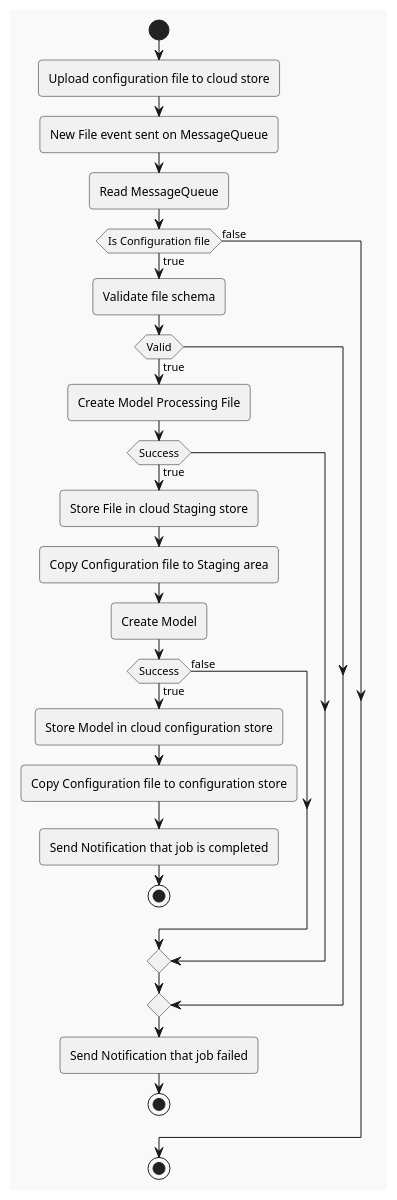
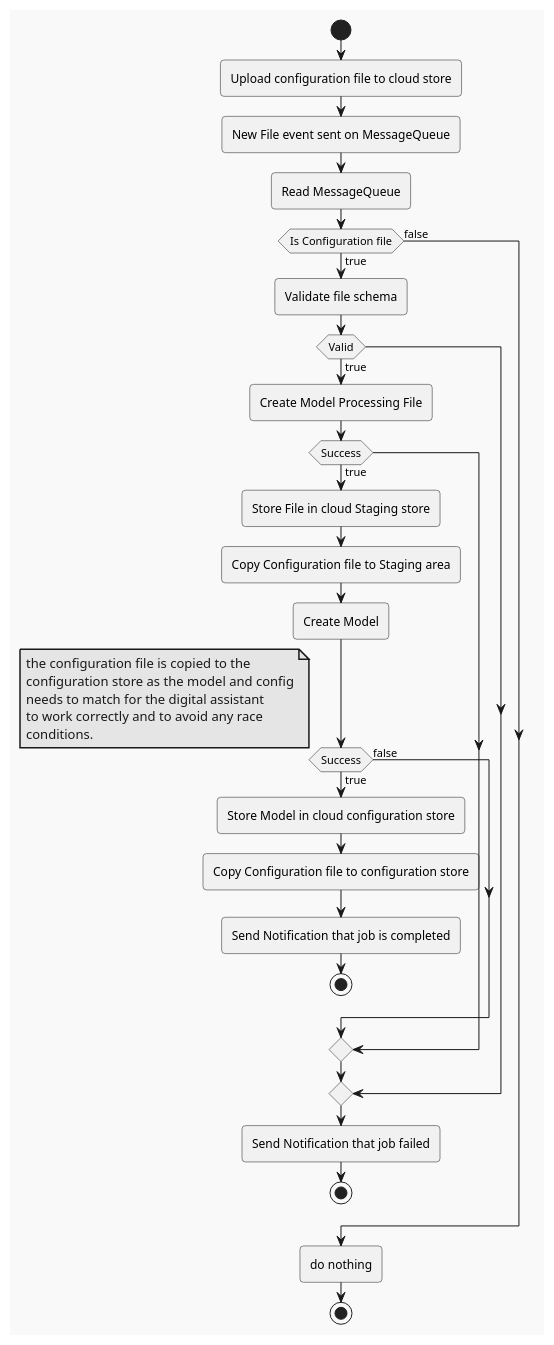
Before and after one commit to OODesigns/kb_upload: the diagram in design/Create Model & Confirm Schema.puml, drawn with PlantUML.

Commit message:
Added ExceptionTransformer for SNS

```diff
--- a/design/Create Model & Confirm Schema.puml
+++ b/design/Create Model & Confirm Schema.puml
@@ -1,32 +1,40 @@
 @startuml
 'https://plantuml.com/activity-diagram-beta
 !theme mars
 
 start
 :Upload configuration file to cloud store;
 :New File event sent on MessageQueue;
 :Read MessageQueue;
 if (Is Configuration file) then (true)
    :Validate file schema;
    if (Valid) then (true)
      :Create Model Processing File;
      if (Success) then (true)
        :Store File in cloud Staging store;
        :Copy Configuration file to Staging area;
        :Create Model;
        if (Success) then (true)
+          note
+            the configuration file is copied to the
+            configuration store as the model and config
+            needs to match for the digital assistant
+            to work correctly and to avoid any race
+            conditions.
+          end note
          :Store Model in cloud configuration store;
          :Copy Configuration file to configuration store;
          :Send Notification that job is completed;
          stop
        else (false)
    endif
    endif
    endif
    :Send Notification that job failed;
    stop
 else (false)
 endif
+:do nothing;
 stop
 
 @enduml
```
